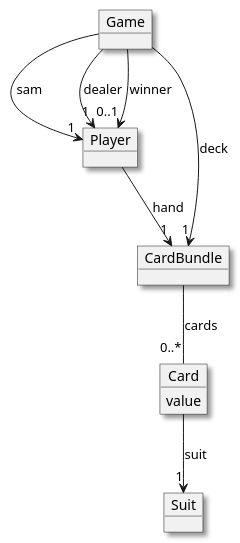
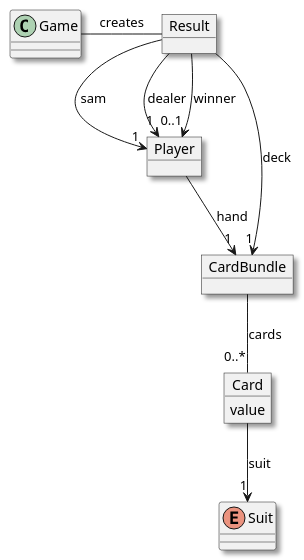
The diagram in doc/plantuml/object.puml (badeand/canyoubeatthedealerat21), drawn with PlantUML before and after one commit. The commit also changed 7 other files, not shown here.

```diff
--- a/doc/plantuml/object.puml
+++ b/doc/plantuml/object.puml
@@ -1,29 +1,31 @@
 @startuml
 skinparam shadowing true
 
-object Game {
+object Result {
 }
 
 object Player {
 }
 
 object CardBundle {
 }
 
-object Suit {
+enum Suit {
 }
 
 object Card {
     value
 }
 
+Game - Result : creates
+
 CardBundle -- "0..*"  Card : cards
 Card --> "1"  Suit : suit
 
-Game --> "1" CardBundle : deck
-Game --> "1" Player : sam
-Game --> "1" Player : dealer
-Game --> "0..1" Player : winner
+Result --> "1" CardBundle : deck
+Result --> "1" Player : sam
+Result --> "1" Player : dealer
+Result --> "0..1" Player : winner
 Player --> "1" CardBundle : hand
 
 @enduml
```
